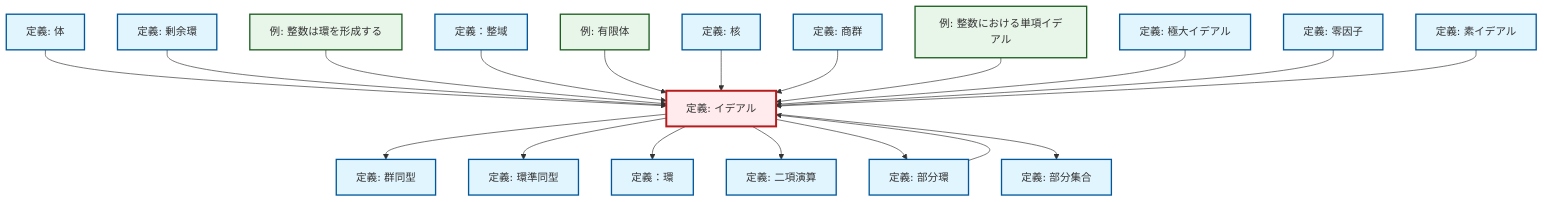
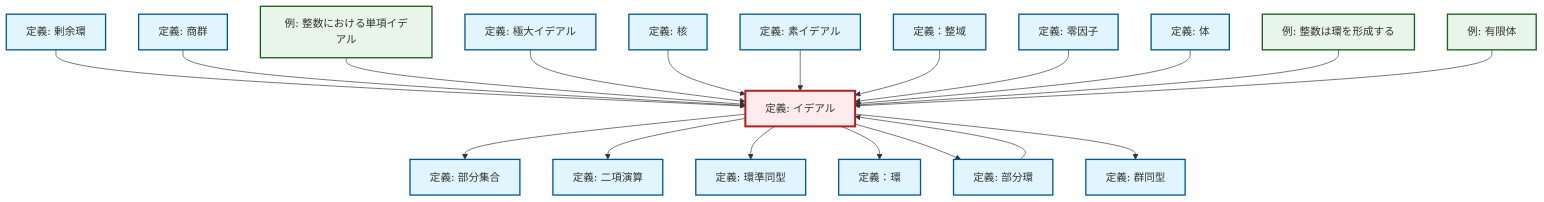
The diagram in content/ja/algebra/def-ideal.qmd (RK0429/ModernMath), drawn with Mermaid before and after one commit. The commit also changed 672 other files, not shown here.

````diff
--- a/content/ja/algebra/def-ideal.qmd
+++ b/content/ja/algebra/def-ideal.qmd
@@ -84,63 +84,63 @@
 ```{mermaid}
-%%| fig-cap: "Local dependency graph"
+%%| fig-cap: "ローカル依存関係グラフ"
 graph TD
     classDef definition fill:#e1f5fe,stroke:#01579b,stroke-width:2px
     classDef theorem fill:#f3e5f5,stroke:#4a148c,stroke-width:2px
     classDef axiom fill:#fff3e0,stroke:#e65100,stroke-width:2px
     classDef example fill:#e8f5e9,stroke:#1b5e20,stroke-width:2px
     classDef current fill:#ffebee,stroke:#b71c1c,stroke-width:3px
+    def-quotient-group["定義: 商群"]:::definition
+    def-binary-operation["定義: 二項演算"]:::definition
+    def-isomorphism["定義: 群同型"]:::definition
+    def-subring["定義: 部分環"]:::definition
+    def-maximal-ideal["定義: 極大イデアル"]:::definition
+    def-integral-domain["定義：整域"]:::definition
+    def-ring-homomorphism["定義: 環準同型"]:::definition
+    def-subset["定義: 部分集合"]:::definition
+    def-prime-ideal["定義: 素イデアル"]:::definition
+    def-ideal["定義: イデアル"]:::definition
+    def-ring["定義：環"]:::definition
+    def-zero-divisor["定義: 零因子"]:::definition
+    ex-principal-ideal["例: 整数における単項イデアル"]:::example
+    def-quotient-ring["定義: 剰余環"]:::definition
+    ex-finite-field["例: 有限体"]:::example
+    def-field["定義: 体"]:::definition
+    def-kernel["定義: 核"]:::definition
     ex-integers-ring["例: 整数は環を形成する"]:::example
-    def-kernel["定義: 核"]:::definition
-    def-field["定義: 体"]:::definition
-    def-ring-homomorphism["定義: 環準同型"]:::definition
-    def-ring["定義：環"]:::definition
-    def-subring["定義: 部分環"]:::definition
-    def-isomorphism["定義: 群同型"]:::definition
-    def-binary-operation["定義: 二項演算"]:::definition
-    def-subset["定義: 部分集合"]:::definition
-    def-maximal-ideal["定義: 極大イデアル"]:::definition
-    ex-principal-ideal["例: 整数における単項イデアル"]:::example
-    ex-finite-field["例: 有限体"]:::example
-    def-prime-ideal["定義: 素イデアル"]:::definition
-    def-quotient-group["定義: 商群"]:::definition
-    def-quotient-ring["定義: 剰余環"]:::definition
-    def-integral-domain["定義：整域"]:::definition
-    def-ideal["定義: イデアル"]:::definition
-    def-zero-divisor["定義: 零因子"]:::definition
+    def-ideal --> def-subset
+    def-quotient-ring --> def-ideal
+    def-quotient-group --> def-ideal
+    def-ideal --> def-binary-operation
+    def-ideal --> def-ring-homomorphism
+    ex-principal-ideal --> def-ideal
+    def-maximal-ideal --> def-ideal
+    def-kernel --> def-ideal
+    def-prime-ideal --> def-ideal
+    def-integral-domain --> def-ideal
+    def-zero-divisor --> def-ideal
+    def-subring --> def-ideal
     def-field --> def-ideal
-    def-quotient-ring --> def-ideal
     ex-integers-ring --> def-ideal
+    ex-finite-field --> def-ideal
+    def-ideal --> def-ring
+    def-ideal --> def-subring
     def-ideal --> def-isomorphism
-    def-integral-domain --> def-ideal
-    def-ideal --> def-ring-homomorphism
-    ex-finite-field --> def-ideal
-    def-kernel --> def-ideal
-    def-subring --> def-ideal
-    def-ideal --> def-ring
-    def-quotient-group --> def-ideal
-    ex-principal-ideal --> def-ideal
-    def-ideal --> def-binary-operation
-    def-maximal-ideal --> def-ideal
-    def-zero-divisor --> def-ideal
-    def-ideal --> def-subring
-    def-ideal --> def-subset
-    def-prime-ideal --> def-ideal
     class def-ideal current
+    click def-quotient-group "def-quotient-group.html" "商群の定義へ"
+    click def-binary-operation "def-binary-operation.html" "二項演算の定義へ"
+    click def-isomorphism "def-isomorphism.html" "群同型の定義へ"
+    click def-subring "def-subring.html" "部分環の定義へ"
+    click def-maximal-ideal "def-maximal-ideal.html" "極大イデアルの定義へ"
+    click def-integral-domain "def-integral-domain.html" "定義：整域へ"
+    click def-ring-homomorphism "def-ring-homomorphism.html" "環準同型の定義へ"
+    click def-subset "def-subset.html" "部分集合の定義へ"
+    click def-prime-ideal "def-prime-ideal.html" "素イデアルの定義へ"
+    click def-ring "def-ring.html" "定義：環へ"
+    click def-zero-divisor "def-zero-divisor.html" "零因子の定義へ"
+    click ex-principal-ideal "ex-principal-ideal.html" "整数における単項イデアルの例へ"
+    click def-quotient-ring "def-quotient-ring.html" "剰余環の定義へ"
+    click ex-finite-field "ex-finite-field.html" "有限体の例へ"
+    click def-field "def-field.html" "体の定義へ"
+    click def-kernel "def-kernel.html" "核の定義へ"
     click ex-integers-ring "ex-integers-ring.html" "整数は環を形成するの例へ"
-    click def-kernel "def-kernel.html" "核の定義へ"
-    click def-field "def-field.html" "体の定義へ"
-    click def-ring-homomorphism "def-ring-homomorphism.html" "環準同型の定義へ"
-    click def-ring "def-ring.html" "定義：環へ"
-    click def-subring "def-subring.html" "部分環の定義へ"
-    click def-isomorphism "def-isomorphism.html" "群同型の定義へ"
-    click def-binary-operation "def-binary-operation.html" "二項演算の定義へ"
-    click def-subset "def-subset.html" "部分集合の定義へ"
-    click def-maximal-ideal "def-maximal-ideal.html" "極大イデアルの定義へ"
-    click ex-principal-ideal "ex-principal-ideal.html" "整数における単項イデアルの例へ"
-    click ex-finite-field "ex-finite-field.html" "有限体の例へ"
-    click def-prime-ideal "def-prime-ideal.html" "素イデアルの定義へ"
-    click def-quotient-group "def-quotient-group.html" "商群の定義へ"
-    click def-quotient-ring "def-quotient-ring.html" "剰余環の定義へ"
-    click def-integral-domain "def-integral-domain.html" "定義：整域へ"
-    click def-zero-divisor "def-zero-divisor.html" "零因子の定義へ"
 ```
````
